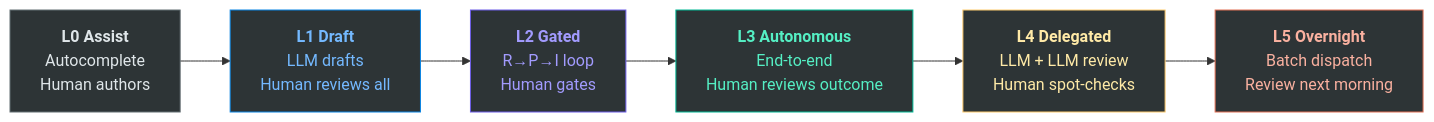
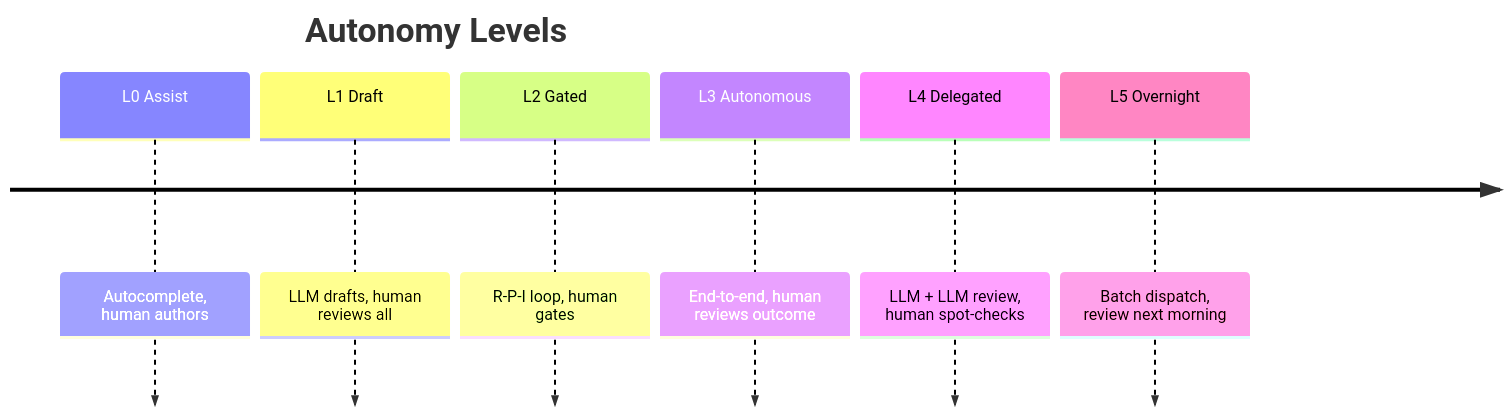
One commit to xlozinguez/ai-hype-watcher changed the third of 8 diagrams in research/2026-04-04-sdlc-agent-feedback-loops.md. Above: the diagram before and after it, drawn with Mermaid. The commit also changed other lines of this file and 1 other file, not shown here.

First line of the commit message:
fix: Make diagrams mobile-friendly

````diff
--- a/research/2026-04-04-sdlc-agent-feedback-loops.md
+++ b/research/2026-04-04-sdlc-agent-feedback-loops.md
@@ -71,11 +74,10 @@
 ```mermaid
-graph LR
-    L0["<b>L0 Assist</b>\nAutocomplete\nHuman authors"] --> L1["<b>L1 Draft</b>\nLLM drafts\nHuman reviews all"] --> L2["<b>L2 Gated</b>\nR→P→I loop\nHuman gates"] --> L3["<b>L3 Autonomous</b>\nEnd-to-end\nHuman reviews outcome"] --> L4["<b>L4 Delegated</b>\nLLM + LLM review\nHuman spot-checks"] --> L5["<b>L5 Overnight</b>\nBatch dispatch\nReview next morning"]
-
-    style L0 fill:#2d3436,stroke:#636e72,color:#dfe6e9
-    style L1 fill:#2d3436,stroke:#0984e3,color:#74b9ff
-    style L2 fill:#2d3436,stroke:#6c5ce7,color:#a29bfe
-    style L3 fill:#2d3436,stroke:#00b894,color:#55efc4
-    style L4 fill:#2d3436,stroke:#fdcb6e,color:#ffeaa7
-    style L5 fill:#2d3436,stroke:#e17055,color:#fab1a0
+timeline
+    title Autonomy Levels
+    L0 Assist : Autocomplete, human authors
+    L1 Draft : LLM drafts, human reviews all
+    L2 Gated : R-P-I loop, human gates
+    L3 Autonomous : End-to-end, human reviews outcome
+    L4 Delegated : LLM + LLM review, human spot-checks
+    L5 Overnight : Batch dispatch, review next morning
 ```
````
